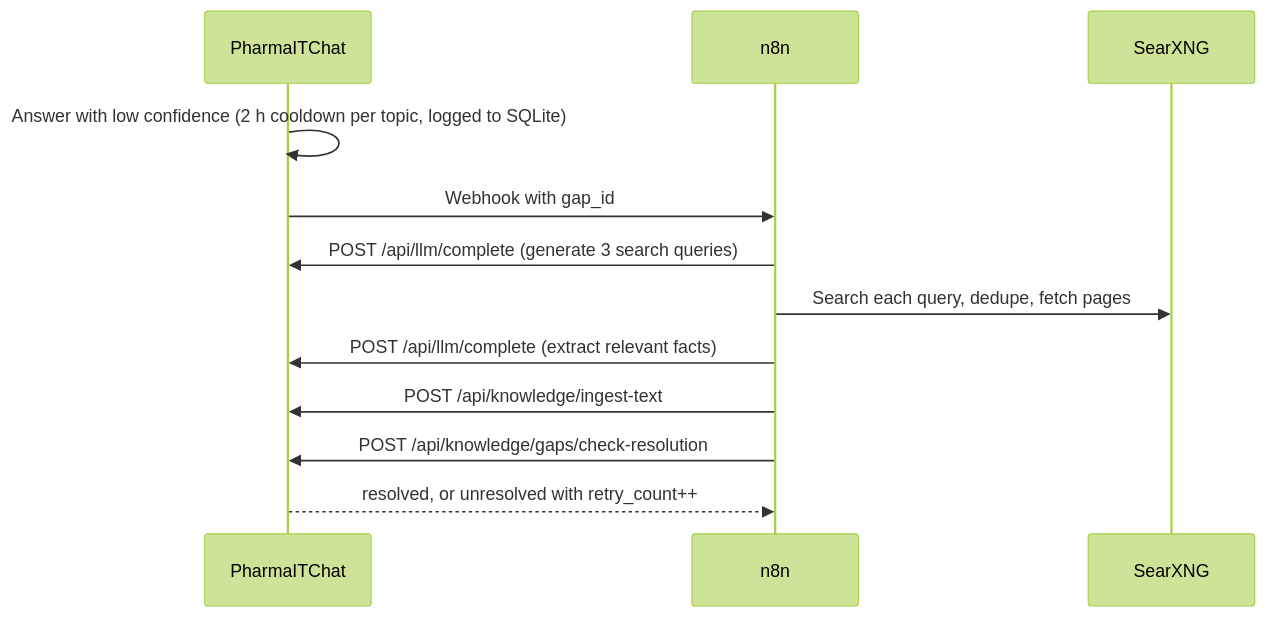
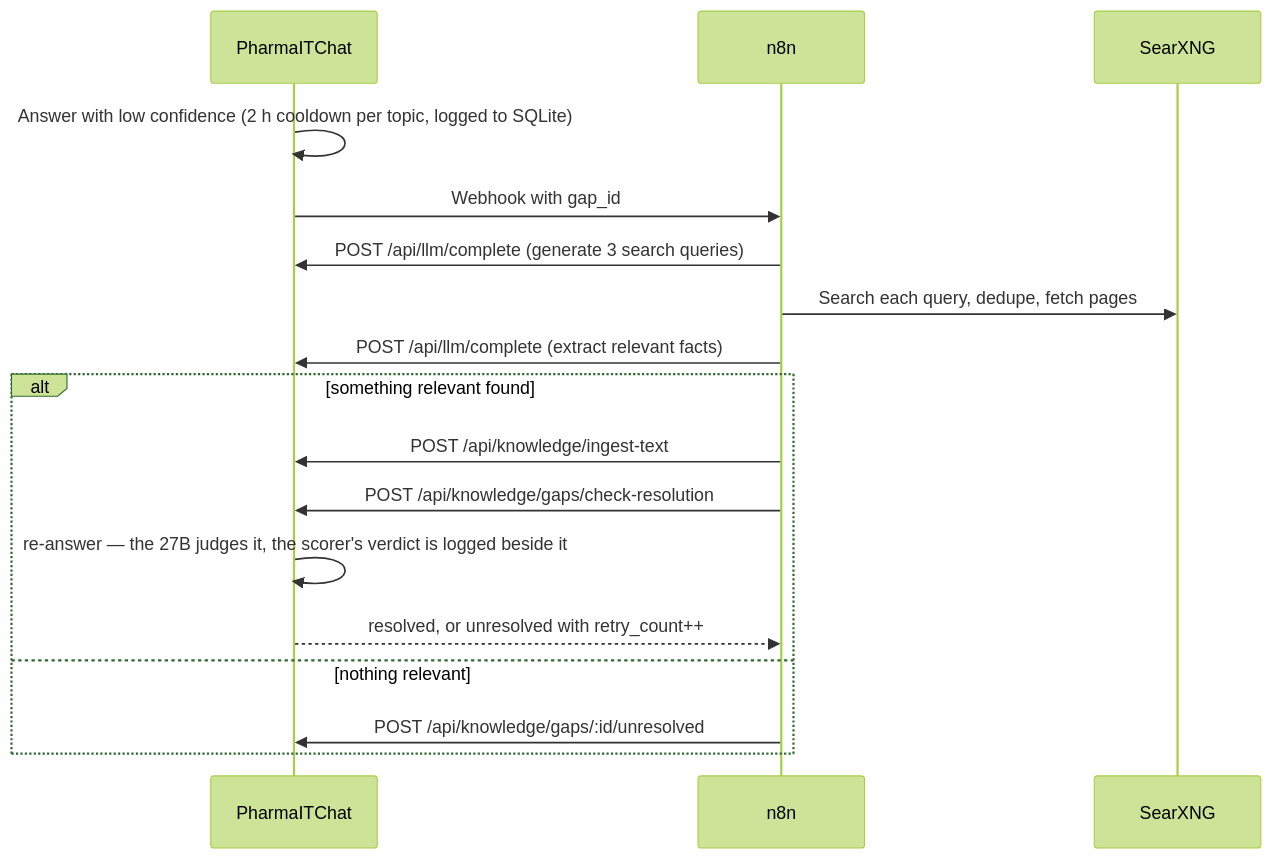
One commit to sebdallais-git/PharmaIT_Chat_and_Digest changed the fourth of 5 diagrams in README.md. Above: the diagram before and after it, drawn with Mermaid (forest theme). The commit also changed other lines of this file and 1 other file, not shown here.

First line of the commit message:
docs: refresh README for the System One scorer, web search and autostart

````diff
--- a/README.md
+++ b/README.md
@@ -384,14 +386,19 @@
 ```mermaid
 sequenceDiagram
     participant App as PharmaITChat
     participant N as n8n
     participant S as SearXNG
     App->>App: Answer with low confidence (2 h cooldown per topic, logged to SQLite)
     App->>N: Webhook with gap_id
     N->>App: POST /api/llm/complete (generate 3 search queries)
     N->>S: Search each query, dedupe, fetch pages
     N->>App: POST /api/llm/complete (extract relevant facts)
-    N->>App: POST /api/knowledge/ingest-text
-    N->>App: POST /api/knowledge/gaps/check-resolution
-    App-->>N: resolved, or unresolved with retry_count++
+    alt something relevant found
+        N->>App: POST /api/knowledge/ingest-text
+        N->>App: POST /api/knowledge/gaps/check-resolution
+        App->>App: re-answer — the 27B judges it, the scorer's verdict is logged beside it
+        App-->>N: resolved, or unresolved with retry_count++
+    else nothing relevant
+        N->>App: POST /api/knowledge/gaps/:id/unresolved
+    end
 ```
````
